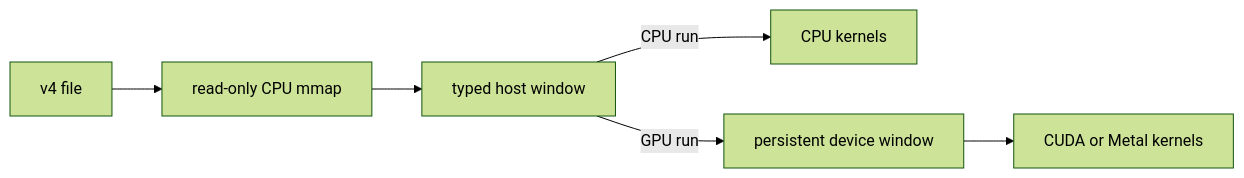
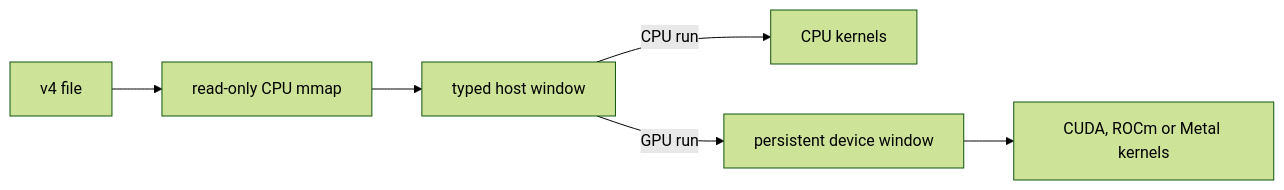
The second of 2 diagrams in docs/src/for_tm5_gchp_users/kernel_architecture.md (RemoteSensingTools/AtmosTransport.jl), drawn with Mermaid (forest theme) before and after one commit. The commit also changed other lines of this file and 31 other files, not shown here.

````diff
--- a/docs/src/for_tm5_gchp_users/kernel_architecture.md
+++ b/docs/src/for_tm5_gchp_users/kernel_architecture.md
@@ -176,8 +177,8 @@
 ```mermaid
 flowchart LR
     F[v4 file] --> MM[read-only CPU mmap]
     MM --> H[typed host window]
     H -->|CPU run| C[CPU kernels]
     H -->|GPU run| D[persistent device window]
-    D --> G[CUDA or Metal kernels]
+    D --> G[CUDA, ROCm or Metal kernels]
 ```
````
